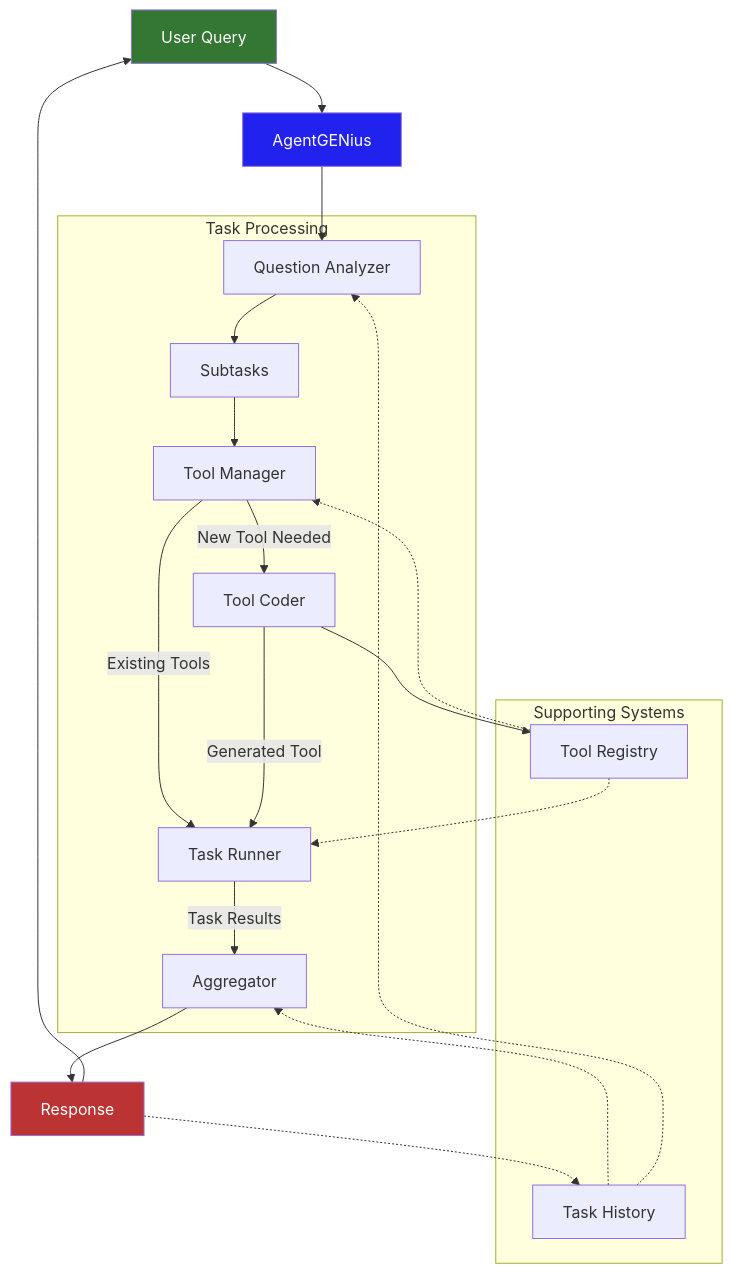
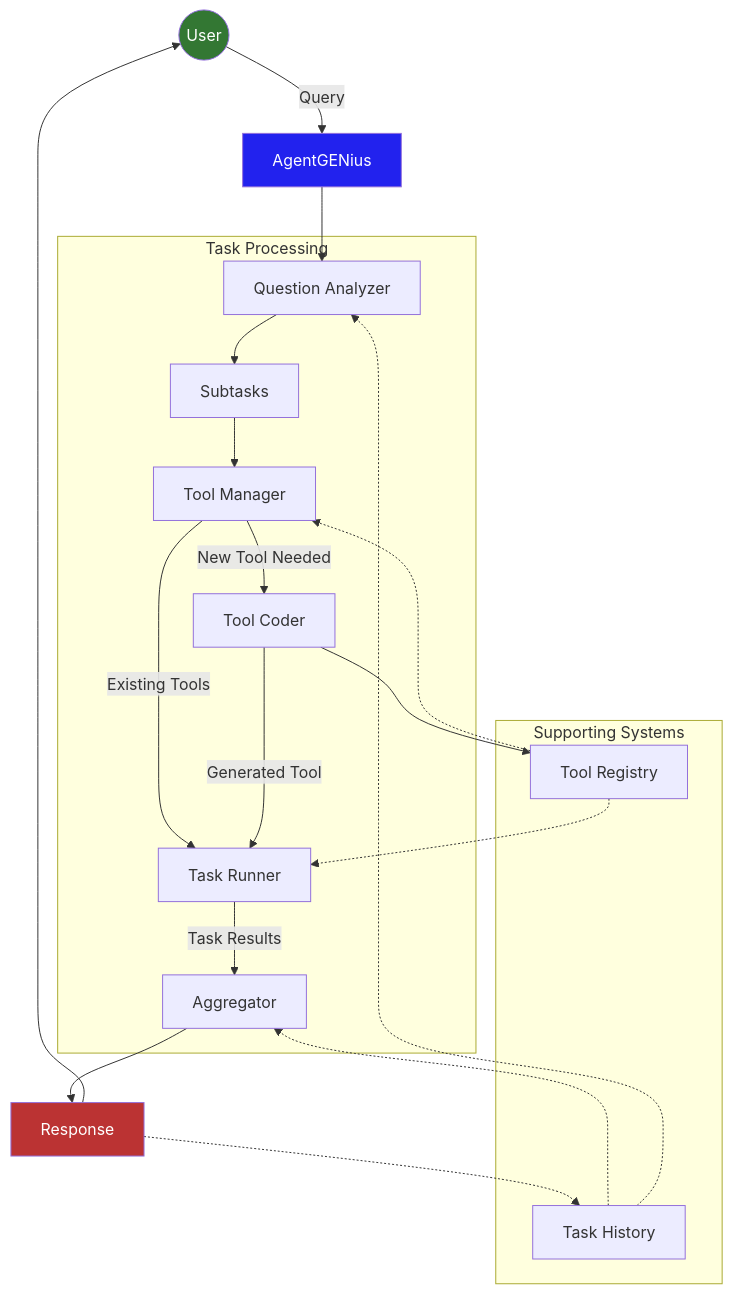
Before and after one commit to MicPec/AgentGENius: the diagram in README.md, drawn with Mermaid. The commit also changed other lines of this file, not shown here.

Commit message:
fix: corrected mermaid diagram

````diff
--- a/README.md
+++ b/README.md
@@ -68,32 +68,33 @@
 ```mermaid
 graph TB
-    User[User Query] --> AG[AgentGENius]
+    User((User)) --> |Query| AG[AgentGENius]
     AG --> QA[Question Analyzer]
 
     subgraph Processing [Task Processing]
         QA --> Tasks[Subtasks]
         Tasks --> TM[Tool Manager]
         TM --> |Existing Tools| TR[Task Runner]
         TM --> |New Tool Needed| TC[Tool Coder]
         TC --> |Generated Tool| TR
         TR --> |Task Results| AGG[Aggregator]
     end
     
     AGG --> Response[Response]
     Response --> User
     Response -.-> History
     
     subgraph Support [Supporting Systems]
         Tools[Tool Registry]
         History[Task History]
     end
     
     TC --> Tools
     Tools -.-> TM & TR
     History -.-> AGG & QA
 
+
     style User fill:#373,color:#fff
     style AG fill:#22e,color:#fff
     style Response fill:#b33,color:#fff
 
 ```
````
